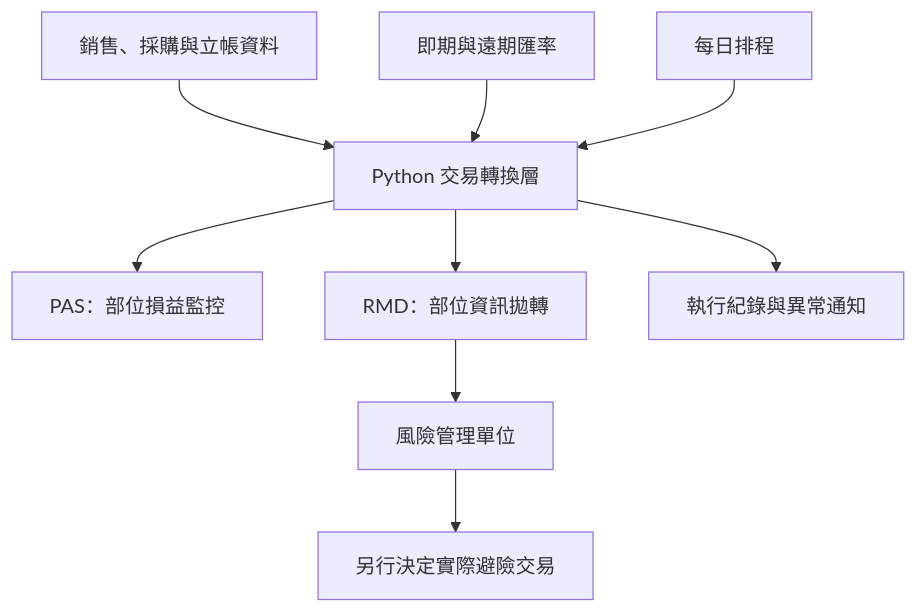
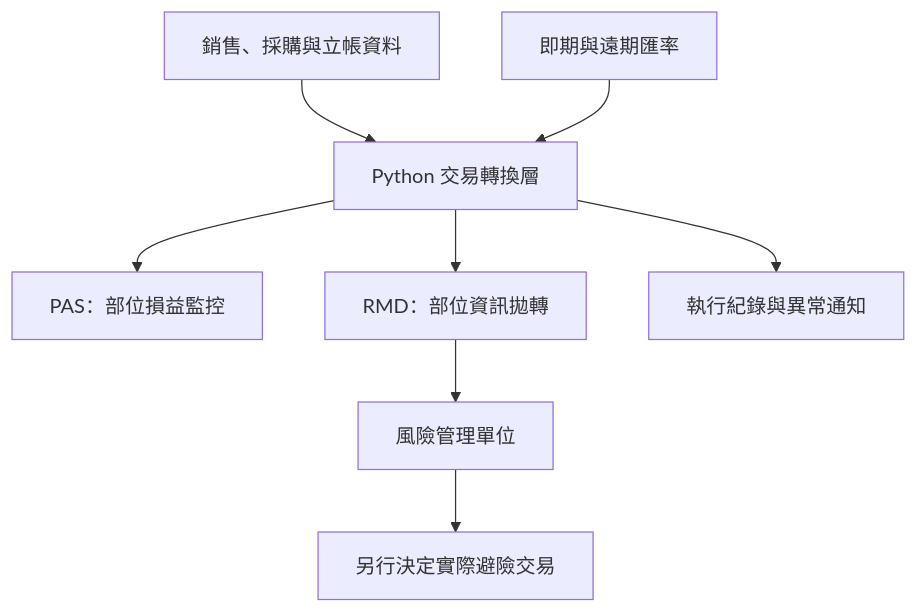
The diagram in README_ZH-TW.md (ChienChienChien/FX_Hedging_Automation), drawn with Mermaid before and after one commit. The commit also changed other lines of this file, not shown here.

````diff
--- a/README_ZH-TW.md
+++ b/README_ZH-TW.md
@@ -50,13 +51,12 @@
 ```mermaid
 flowchart TB
     A["銷售、採購與立帳資料"] --> D["Python 交易轉換層"]
     B["即期與遠期匯率"] --> D
-    C["每日排程"] --> D
 
     D --> E["PAS：部位損益監控"]
     D --> F["RMD：部位資訊拋轉"]
     D --> G["執行紀錄與異常通知"]
 
     F --> H["風險管理單位"]
     H --> I["另行決定實際避險交易"]
 ```
````
